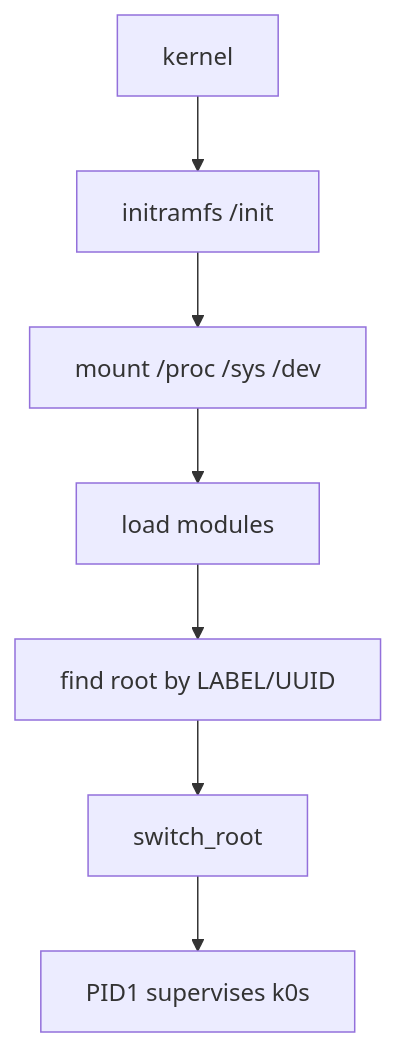
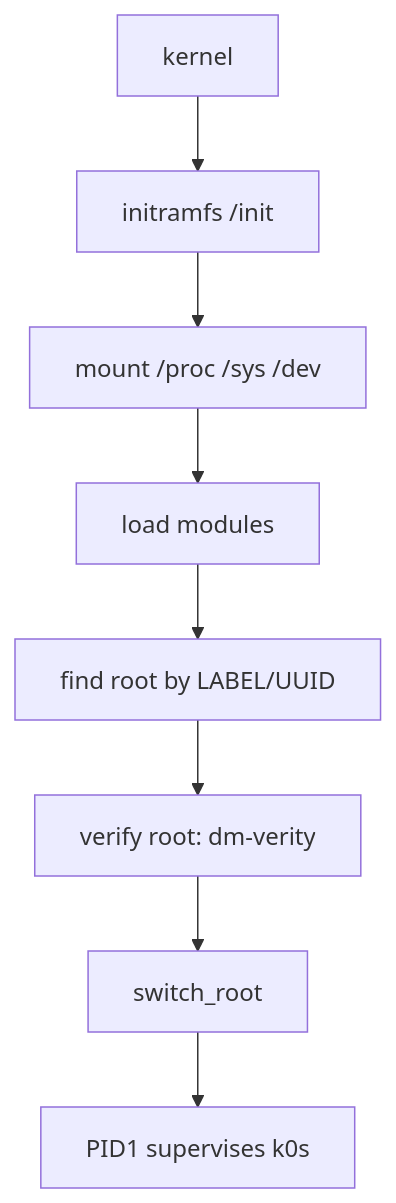
The diagram in docs/design/boot-chain.md (makhov/k0smos), drawn with Mermaid before and after one commit. The commit also changed other lines of this file and 12 other files, not shown here.

First line of the commit message:
Verify the root filesystem against a dm-verity hash tree (#28)

````diff
--- a/docs/design/boot-chain.md
+++ b/docs/design/boot-chain.md
@@ -10,9 +10,10 @@
 ```mermaid
 graph TD
   A[kernel] --> B[initramfs /init]
   B --> C[mount /proc /sys /dev]
   C --> D[load modules]
   D --> E[find root by LABEL/UUID]
-  E --> F[switch_root]
+  E --> V[verify root: dm-verity]
+  V --> F[switch_root]
   F --> G[PID1 supervises k0s]
 ```
````
